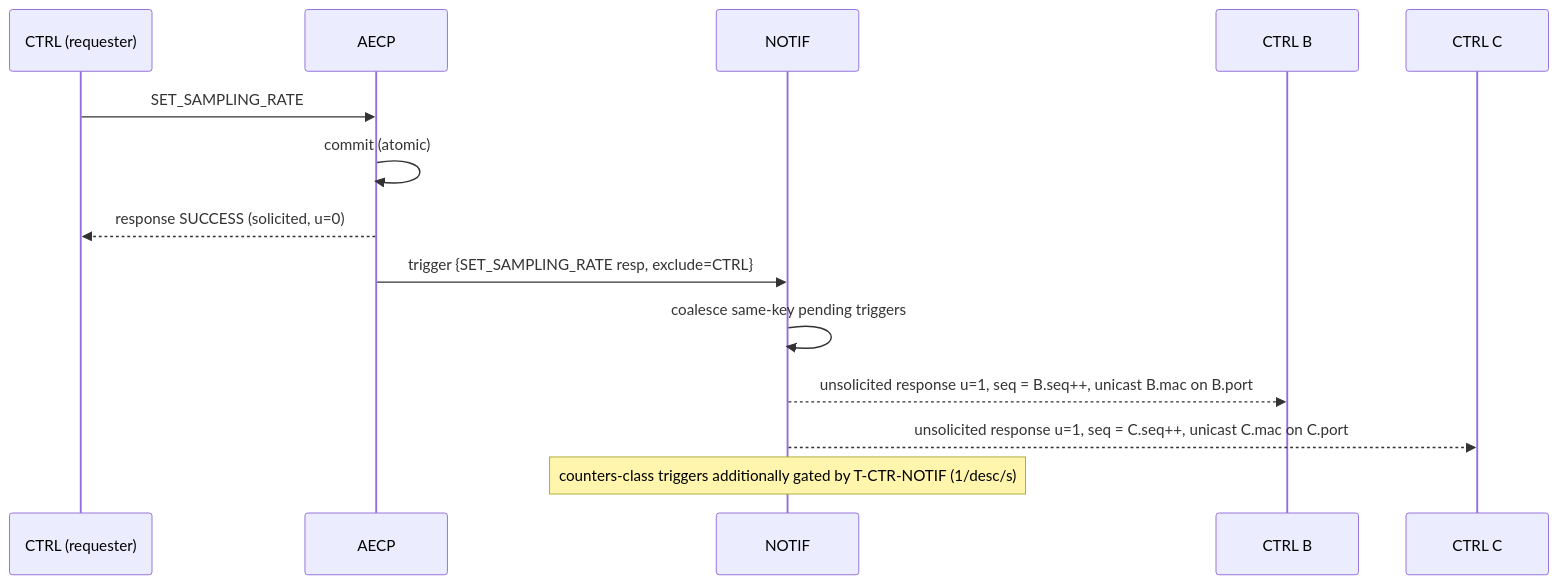
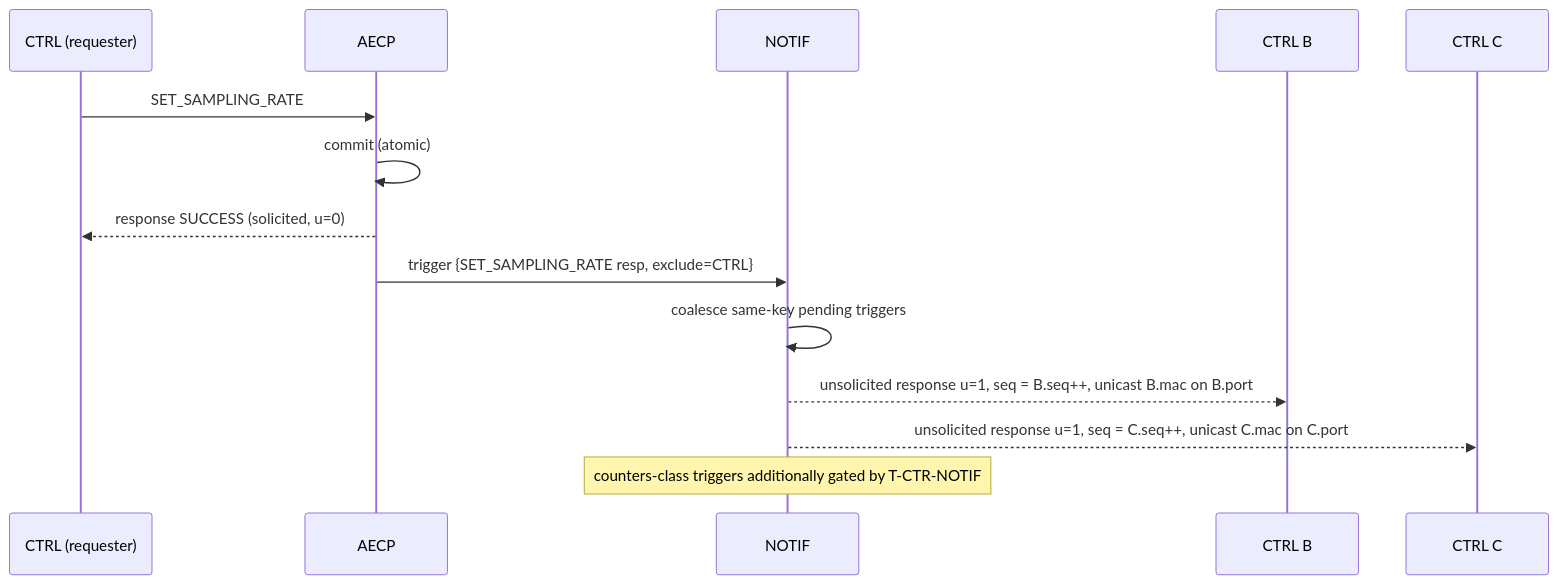
The sixth of 8 diagrams in docs/architecture/06_aecp_engine.md (Mister-M-alt/protocol-processor-control-plane-avb-milan), drawn with Mermaid before and after one commit. The commit also changed other lines of this file and 13 other files, not shown here.

````diff
--- a/docs/architecture/06_aecp_engine.md
+++ b/docs/architecture/06_aecp_engine.md
@@ -386,16 +385,16 @@
 ```mermaid
 sequenceDiagram
     participant CTRL as CTRL (requester)
     participant AECP
     participant NOTIF
     participant CTRLB as CTRL B
     participant CTRLC as CTRL C
     CTRL->>AECP: SET_SAMPLING_RATE
     AECP->>AECP: commit (atomic)
     AECP-->>CTRL: response SUCCESS (solicited, u=0)
     AECP->>NOTIF: trigger {SET_SAMPLING_RATE resp, exclude=CTRL}
     NOTIF->>NOTIF: coalesce same-key pending triggers
     NOTIF-->>CTRLB: unsolicited response u=1, seq = B.seq++, unicast B.mac on B.port
     NOTIF-->>CTRLC: unsolicited response u=1, seq = C.seq++, unicast C.mac on C.port
-    Note over NOTIF: counters-class triggers additionally gated by T-CTR-NOTIF (1/desc/s)
+    Note over NOTIF: counters-class triggers additionally gated by T-CTR-NOTIF
 ```
````
